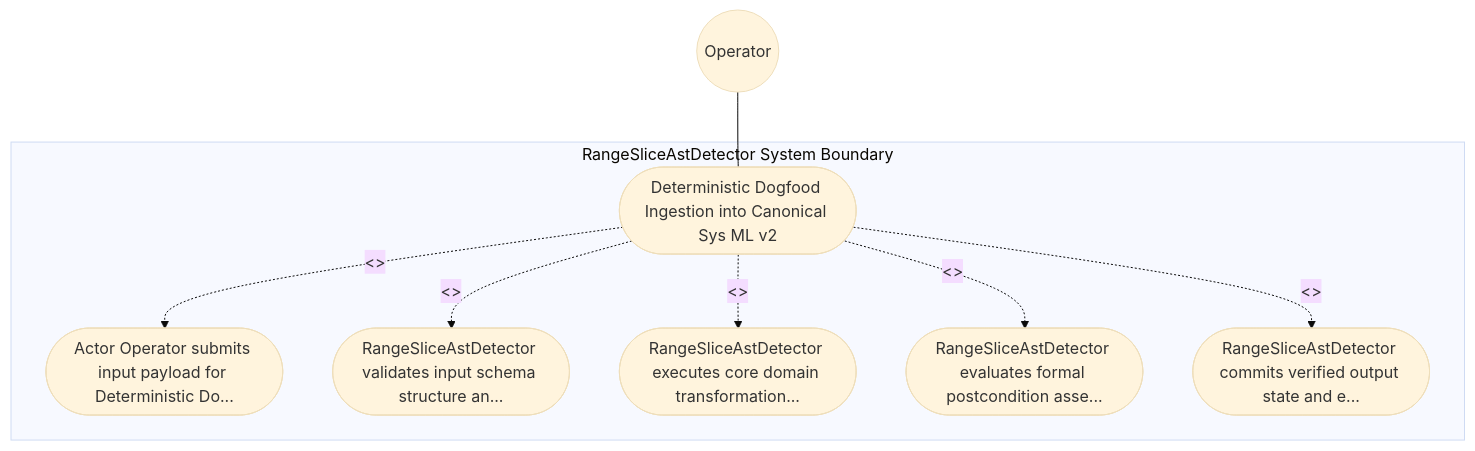
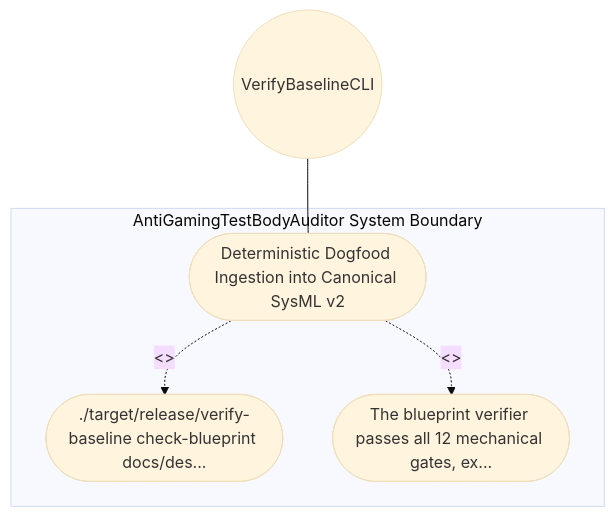
Before and after one commit to gintatkinson/DEAP01-spec-core: the diagram in .pipeline/upstream/docs/use-cases/UC-10-Deterministic_Dogfood_Ingestion_into_Canonical_SysML_v2.md, drawn with Mermaid (base theme). The commit also changed other lines of this file and 213 other files, not shown here.

Commit message:
fix(upstream): regenerate blueprint sidecars, upstream dogfood specs, and GitHub backlog (refs #691, #692, #693, #694, #695, #696, #697, #698, #699)

````diff
--- a/.pipeline/upstream/docs/use-cases/UC-10-Deterministic_Dogfood_Ingestion_into_Canonical_SysML_v2.md
+++ b/.pipeline/upstream/docs/use-cases/UC-10-Deterministic_Dogfood_Ingestion_into_Canonical_SysML_v2.md
@@ -16,17 +16,11 @@
 ```mermaid
 graph TD
-    subgraph "RangeSliceAstDetector System Boundary"
-        UC_Main(["Deterministic Dogfood Ingestion into Canonical Sys ML v2"])
-        UC_Step01(["Actor Operator submits input payload for Deterministic Do..."])
-        UC_Step02(["RangeSliceAstDetector validates input schema structure an..."])
-        UC_Step03(["RangeSliceAstDetector executes core domain transformation..."])
-        UC_Step04(["RangeSliceAstDetector evaluates formal postcondition asse..."])
-        UC_Step05(["RangeSliceAstDetector commits verified output state and e..."])
+    subgraph "AntiGamingTestBodyAuditor System Boundary"
+        UC_Main(["Deterministic Dogfood Ingestion into Canonical SysML v2"])
+        UC_Step01(["./target/release/verify-baseline check-blueprint docs/des..."])
+        UC_Step02(["The blueprint verifier passes all 12 mechanical gates, ex..."])
     end
-    Operator(("Operator")) --- UC_Main
+    VerifyBaselineCLI(("VerifyBaselineCLI")) --- UC_Main
     UC_Main -. "<<include>>" .-> UC_Step01
     UC_Main -. "<<include>>" .-> UC_Step02
-    UC_Main -. "<<include>>" .-> UC_Step03
-    UC_Main -. "<<include>>" .-> UC_Step04
-    UC_Main -. "<<include>>" .-> UC_Step05
 ```
````
